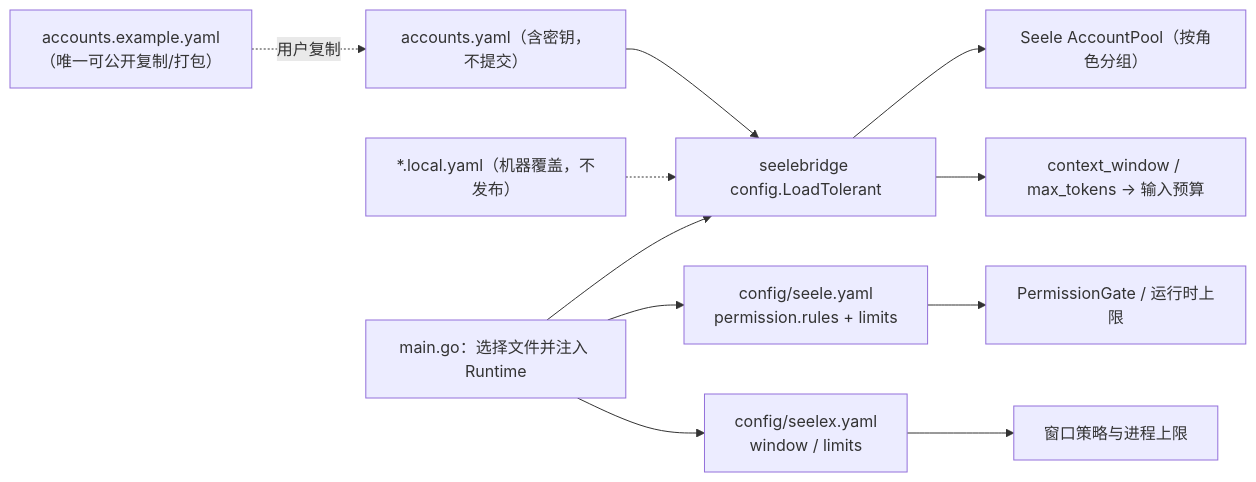
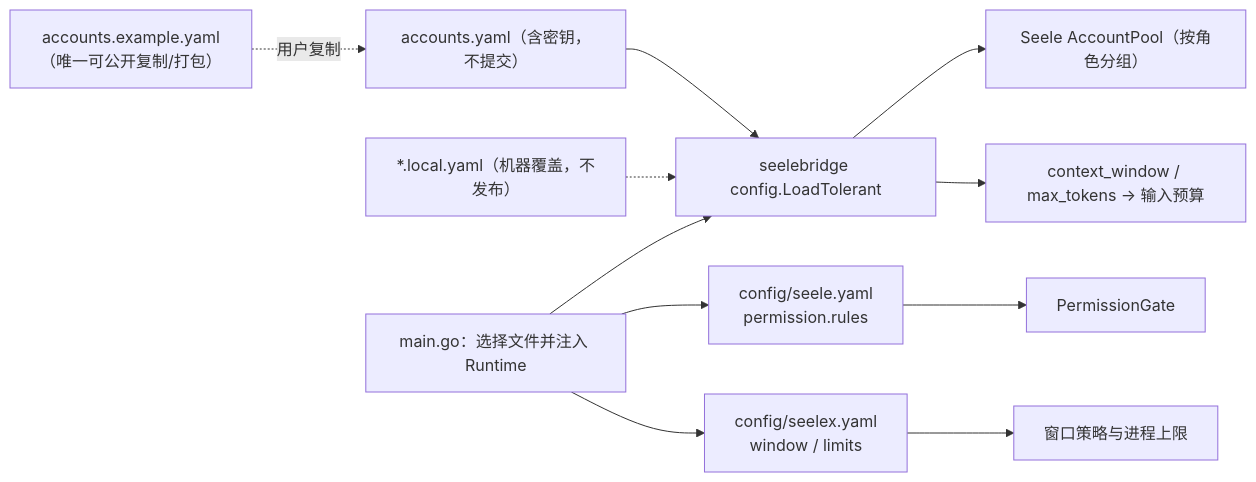
One commit to RedHuang-0622/seelex changed the diagram in config/README.md. Above: the diagram before and after it, drawn with Mermaid. The commit also changed other lines of this file and 6 other files, not shown here.

First line of the commit message:
docs(config,seelexctx): 压缩预算注释逐键列消费者，并订正 seele.yaml/seelex.yaml 漂移

````diff
--- a/config/README.md
+++ b/config/README.md
@@ -11,13 +11,13 @@
 ```mermaid
 flowchart LR
     TPL["accounts.example.yaml<br/>（唯一可公开复制/打包）"] -.->|用户复制| LOCAL["accounts.yaml（含密钥，不提交）"]
     LOCAL --> LOAD["seelebridge config.LoadTolerant"]
     LOCALOVR["*.local.yaml（机器覆盖，不发布）"] -.-> LOAD
     LOAD --> POOL["Seele AccountPool（按角色分组）"]
     LOAD --> BUDGET["context_window / max_tokens → 输入预算"]
-    SEELE["config/seele.yaml<br/>permission.rules + limits"] --> GATE["PermissionGate / 运行时上限"]
+    SEELE["config/seele.yaml<br/>permission.rules"] --> GATE["PermissionGate"]
     SEELEX["config/seelex.yaml<br/>window / limits"] --> WIN["窗口策略与进程上限"]
     ROOT["main.go：选择文件并注入 Runtime"] --> LOAD
     ROOT --> SEELE
     ROOT --> SEELEX
 ```
````
